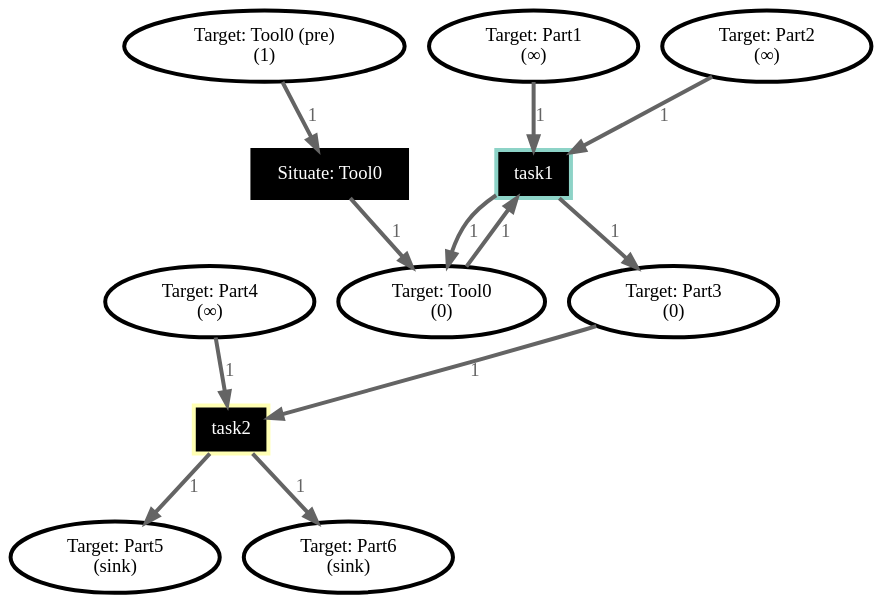
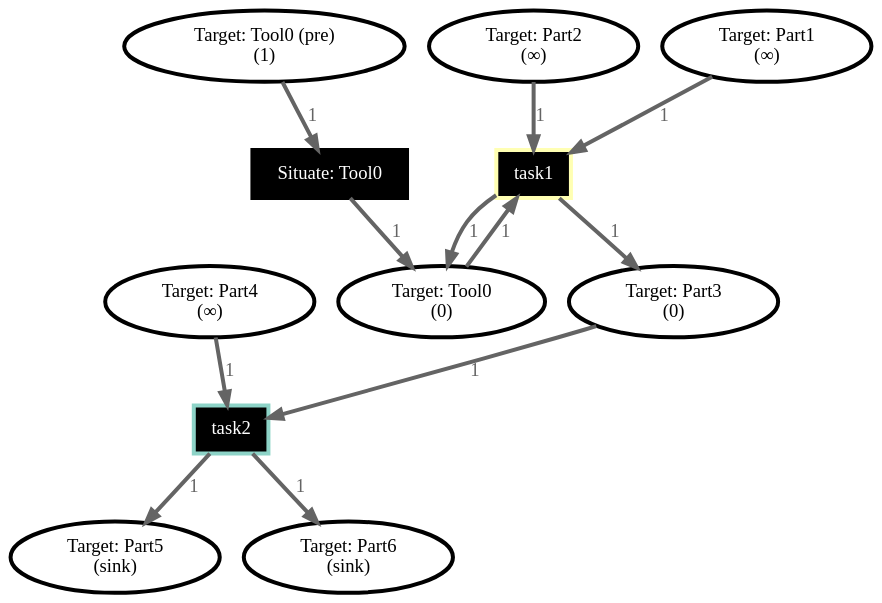
One commit to Wisc-HCI/allocobot changed the diagram in basic.dot. Above: the diagram before and after it, drawn with Graphviz. The commit also changed 19 other files, not shown here.

```diff
--- a/basic.dot
+++ b/basic.dot
@@ -1,37 +1,37 @@
 digraph Job_1 {
 bgcolor="transparent"
 // Place Target: Part3
-	51458442459762781523499098293274758173 [label="Target: Part3\n(0)",tooltip="Target:Part3\nTargetSituated:Part3",style=filled,fillcolor="#FFFFFF",color="#000000",penwidth=3];
+	98501890677482419496533068529305100140 [label="Target: Part3\n(0)",tooltip="Target:Part3\nTargetSituated:Part3",style=filled,fillcolor="#FFFFFF",color="#000000",penwidth=3];
+// Place Target: Part2
+	272419595683725582094956830714749862259 [label="Target: Part2\n(∞)",tooltip="Target:Part2\nTargetSituated:Part2",style=filled,fillcolor="#FFFFFF",color="#000000",penwidth=3];
+// Place Target: Tool0 (pre)
+	18768335330799385918040082128003468290 [label="Target: Tool0 (pre)\n(1)",tooltip="Target:Tool0\nTargetUnplaced:Tool0",style=filled,fillcolor="#FFFFFF",color="#000000",penwidth=3];
+// Place Target: Part5
+	104698970875974591698877514371575835481 [label="Target: Part5\n(sink)",tooltip="Target:Part5\nTargetSituated:Part5",style=filled,fillcolor="#FFFFFF",color="#000000",penwidth=3];
+// Place Target: Part6
+	303753438186339175908875318780723127541 [label="Target: Part6\n(sink)",tooltip="Target:Part6\nTargetSituated:Part6",style=filled,fillcolor="#FFFFFF",color="#000000",penwidth=3];
+// Place Target: Tool0
+	123845945909793671893419224666080821832 [label="Target: Tool0\n(0)",tooltip="Target:Tool0\nTargetSituated:Tool0",style=filled,fillcolor="#FFFFFF",color="#000000",penwidth=3];
+// Place Target: Part1
+	146271097330057280137622087321248912495 [label="Target: Part1\n(∞)",tooltip="Target:Part1\nTargetSituated:Part1",style=filled,fillcolor="#FFFFFF",color="#000000",penwidth=3];
 // Place Target: Part4
-	291858316721107522964210166504376799675 [label="Target: Part4\n(∞)",tooltip="Target:Part4\nTargetSituated:Part4",style=filled,fillcolor="#FFFFFF",color="#000000",penwidth=3];
-// Place Target: Part5
-	321324079621855493870637528222233443919 [label="Target: Part5\n(sink)",tooltip="Target:Part5\nTargetSituated:Part5",style=filled,fillcolor="#FFFFFF",color="#000000",penwidth=3];
-// Place Target: Part1
-	206566233708689047294751286284038067272 [label="Target: Part1\n(∞)",tooltip="Target:Part1\nTargetSituated:Part1",style=filled,fillcolor="#FFFFFF",color="#000000",penwidth=3];
-// Place Target: Tool0 (pre)
-	114896067931484102137083225494674447644 [label="Target: Tool0 (pre)\n(1)",tooltip="Target:Tool0\nTargetUnplaced:Tool0",style=filled,fillcolor="#FFFFFF",color="#000000",penwidth=3];
-// Place Target: Part2
-	144997823394495210451223452539949641752 [label="Target: Part2\n(∞)",tooltip="Target:Part2\nTargetSituated:Part2",style=filled,fillcolor="#FFFFFF",color="#000000",penwidth=3];
-// Place Target: Part6
-	176503851995585389558154199426002221230 [label="Target: Part6\n(sink)",tooltip="Target:Part6\nTargetSituated:Part6",style=filled,fillcolor="#FFFFFF",color="#000000",penwidth=3];
-// Place Target: Tool0
-	312803515184105042338609438611473133540 [label="Target: Tool0\n(0)",tooltip="Target:Tool0\nTargetSituated:Tool0",style=filled,fillcolor="#FFFFFF",color="#000000",penwidth=3];
+	19435216894921677462939328822324111262 [label="Target: Part4\n(∞)",tooltip="Target:Part4\nTargetSituated:Part4",style=filled,fillcolor="#FFFFFF",color="#000000",penwidth=3];
 // Transition Situate: Tool0
-	269295504741548991069626650007202406912 [label="Situate: Tool0",tooltip="Target:Tool0\nTargetSituated:Tool0\nAgentAgnostic",shape=box,style=filled,fillcolor="#000000",fontcolor="#FFFFFF",color="#000000",penwidth=3];
+	22991668785196672797525485597157651905 [label="Situate: Tool0",tooltip="Target:Tool0\nTargetSituated:Tool0\nAgentAgnostic",shape=box,style=filled,fillcolor="#000000",fontcolor="#FFFFFF",color="#000000",penwidth=3];
+// Transition task2
+	252252695198722264194634873183955830226 [label="task2",tooltip="Task:task2",shape=box,style=filled,fillcolor="#000000",fontcolor="#FFFFFF",color="#8DD3C7",penwidth=3];
 // Transition task1
-	227300663176116271873107439035244261677 [label="task1",tooltip="Task:task1",shape=box,style=filled,fillcolor="#000000",fontcolor="#FFFFFF",color="#8DD3C7",penwidth=3];
-// Transition task2
-	18645727782993144547385201669311364164 [label="task2",tooltip="Task:task2",shape=box,style=filled,fillcolor="#000000",fontcolor="#FFFFFF",color="#FFFFB3",penwidth=3];
-	114896067931484102137083225494674447644 -> 269295504741548991069626650007202406912 [label="1",color="#646464",fontcolor="#646464",penwidth=3];
-	269295504741548991069626650007202406912 -> 312803515184105042338609438611473133540 [label="1",color="#646464",fontcolor="#646464",penwidth=3];
-	144997823394495210451223452539949641752 -> 227300663176116271873107439035244261677 [label="1",color="#646464",fontcolor="#646464",penwidth=3];
-	312803515184105042338609438611473133540 -> 227300663176116271873107439035244261677 [label="1",color="#646464",fontcolor="#646464",penwidth=3];
-	206566233708689047294751286284038067272 -> 227300663176116271873107439035244261677 [label="1",color="#646464",fontcolor="#646464",penwidth=3];
-	227300663176116271873107439035244261677 -> 312803515184105042338609438611473133540 [label="1",color="#646464",fontcolor="#646464",penwidth=3];
-	227300663176116271873107439035244261677 -> 51458442459762781523499098293274758173 [label="1",color="#646464",fontcolor="#646464",penwidth=3];
-	291858316721107522964210166504376799675 -> 18645727782993144547385201669311364164 [label="1",color="#646464",fontcolor="#646464",penwidth=3];
-	51458442459762781523499098293274758173 -> 18645727782993144547385201669311364164 [label="1",color="#646464",fontcolor="#646464",penwidth=3];
-	18645727782993144547385201669311364164 -> 176503851995585389558154199426002221230 [label="1",color="#646464",fontcolor="#646464",penwidth=3];
-	18645727782993144547385201669311364164 -> 321324079621855493870637528222233443919 [label="1",color="#646464",fontcolor="#646464",penwidth=3];
+	155910727221039318374908154034216930870 [label="task1",tooltip="Task:task1",shape=box,style=filled,fillcolor="#000000",fontcolor="#FFFFFF",color="#FFFFB3",penwidth=3];
+	18768335330799385918040082128003468290 -> 22991668785196672797525485597157651905 [label="1",color="#646464",fontcolor="#646464",penwidth=3];
+	22991668785196672797525485597157651905 -> 123845945909793671893419224666080821832 [label="1",color="#646464",fontcolor="#646464",penwidth=3];
+	98501890677482419496533068529305100140 -> 252252695198722264194634873183955830226 [label="1",color="#646464",fontcolor="#646464",penwidth=3];
+	19435216894921677462939328822324111262 -> 252252695198722264194634873183955830226 [label="1",color="#646464",fontcolor="#646464",penwidth=3];
+	252252695198722264194634873183955830226 -> 303753438186339175908875318780723127541 [label="1",color="#646464",fontcolor="#646464",penwidth=3];
+	252252695198722264194634873183955830226 -> 104698970875974591698877514371575835481 [label="1",color="#646464",fontcolor="#646464",penwidth=3];
+	146271097330057280137622087321248912495 -> 155910727221039318374908154034216930870 [label="1",color="#646464",fontcolor="#646464",penwidth=3];
+	123845945909793671893419224666080821832 -> 155910727221039318374908154034216930870 [label="1",color="#646464",fontcolor="#646464",penwidth=3];
+	272419595683725582094956830714749862259 -> 155910727221039318374908154034216930870 [label="1",color="#646464",fontcolor="#646464",penwidth=3];
+	155910727221039318374908154034216930870 -> 98501890677482419496533068529305100140 [label="1",color="#646464",fontcolor="#646464",penwidth=3];
+	155910727221039318374908154034216930870 -> 123845945909793671893419224666080821832 [label="1",color="#646464",fontcolor="#646464",penwidth=3];
 overlap=false
 }
```
